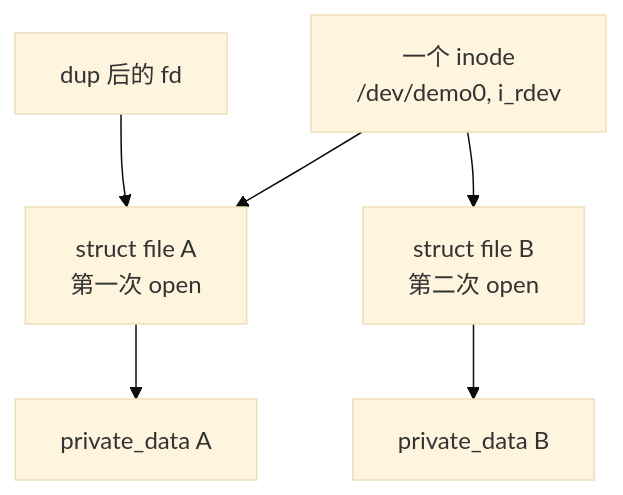
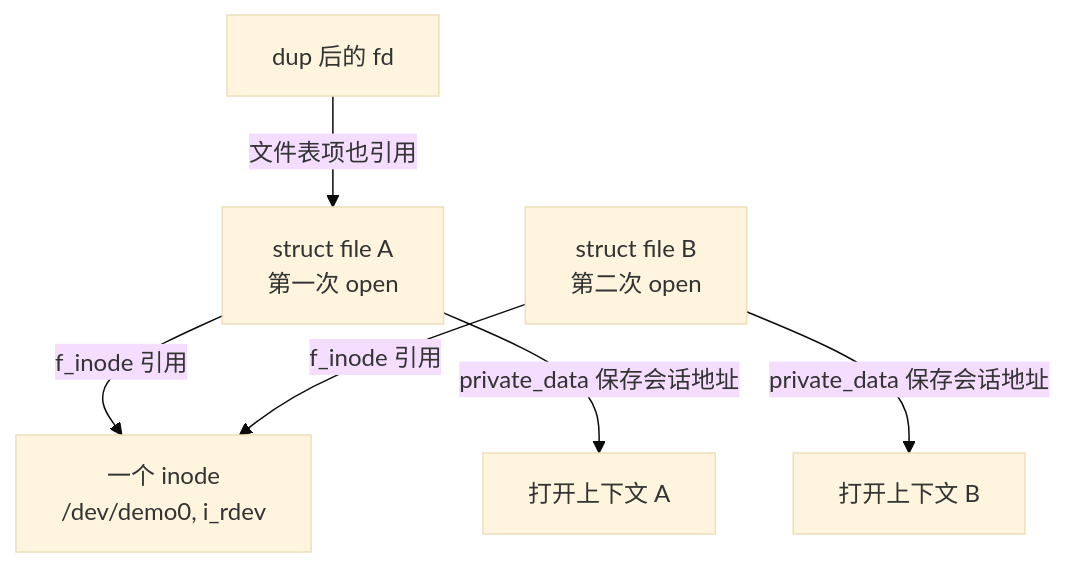
Before and after one commit to FormingSystem/linux_note: the first of 4 diagrams in knowledge/driver_model/character_device/P03_打开路径与文件操作.md, drawn with Mermaid (base theme). The commit also changed other lines of this file and 4 other files, not shown here.

````diff
--- a/knowledge/driver_model/character_device/P03_打开路径与文件操作.md
+++ b/knowledge/driver_model/character_device/P03_打开路径与文件操作.md
@@ -39,9 +41,9 @@
 ```mermaid
 flowchart TD
-    IN["一个 inode\n/dev/demo0, i_rdev"]
-    IN --> F1["struct file A\n第一次 open"]
-    IN --> F2["struct file B\n第二次 open"]
-    FD3["dup 后的 fd"] --> F1
-    F1 --> CTX1["private_data A"]
-    F2 --> CTX2["private_data B"]
+    IN["一个 inode<br/>/dev/demo0, i_rdev"]
+    F1["struct file A<br/>第一次 open"] -->|f_inode 引用| IN
+    F2["struct file B<br/>第二次 open"] -->|f_inode 引用| IN
+    FD3["dup 后的 fd"] -->|文件表项也引用| F1
+    F1 -->|private_data 保存会话地址| CTX1["打开上下文 A"]
+    F2 -->|private_data 保存会话地址| CTX2["打开上下文 B"]
 ```
````
